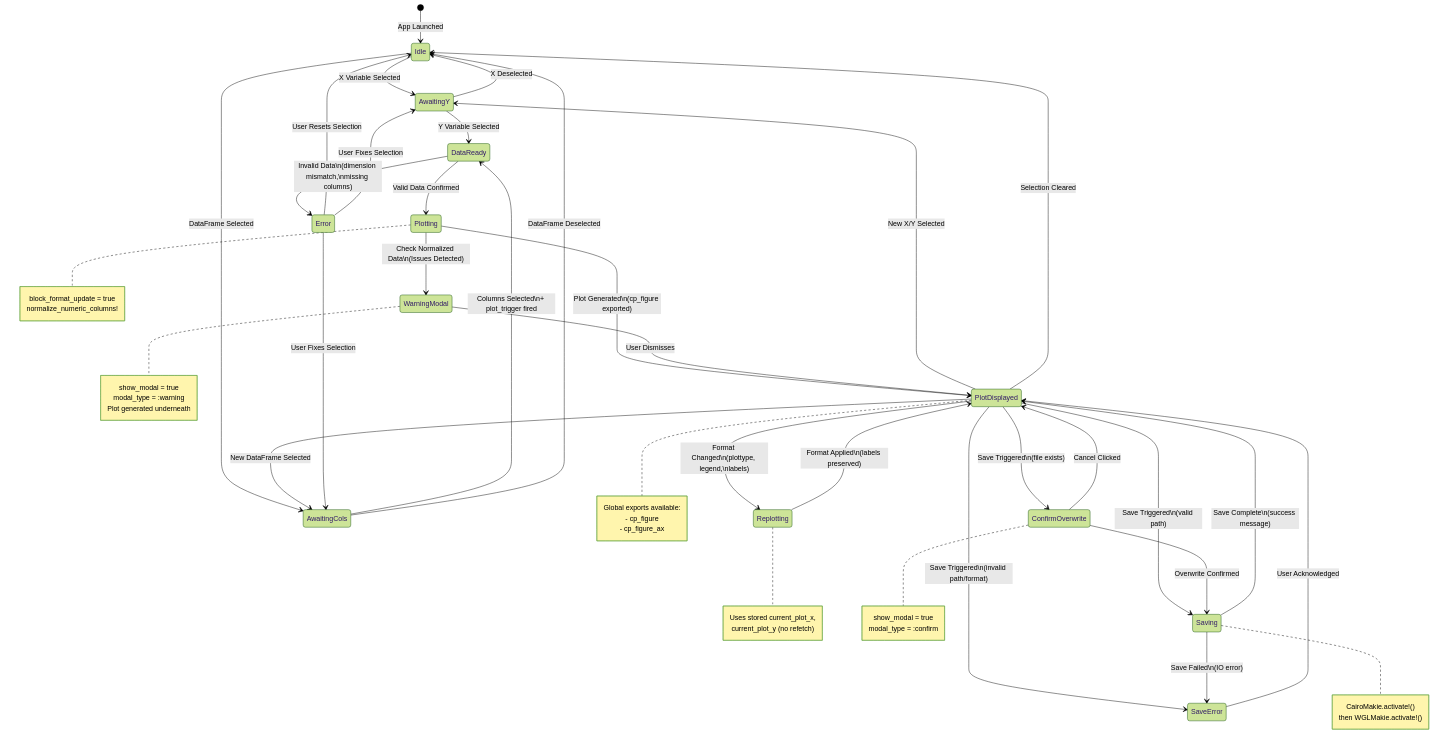
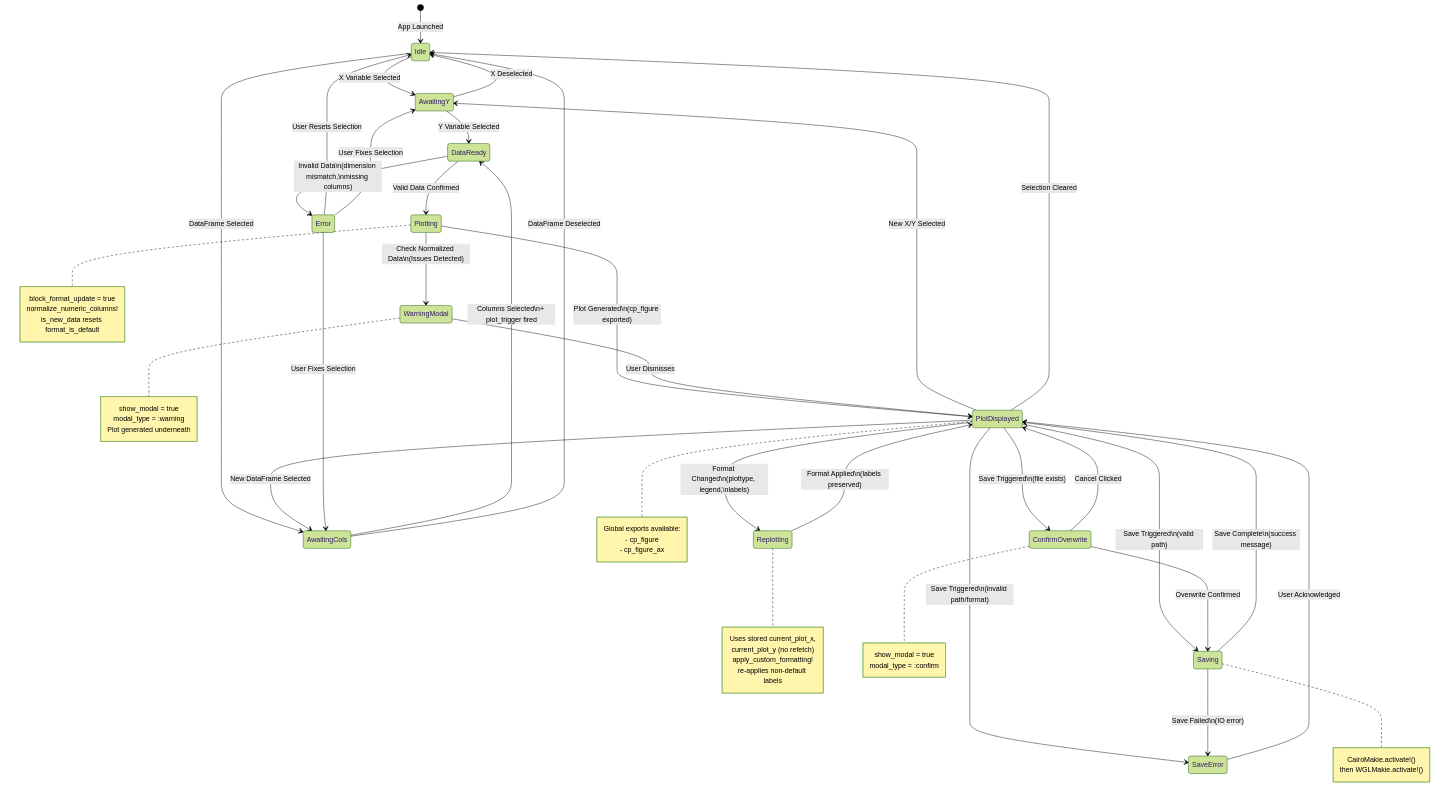
Before and after one commit to Eben60/CasualPlots.jl: the diagram in AGENTS_more_info/Mermaid/state_transition_map.md, drawn with Mermaid (forest theme). The commit also changed 5 other files, not shown here.

````diff
--- a/AGENTS_more_info/Mermaid/state_transition_map.md
+++ b/AGENTS_more_info/Mermaid/state_transition_map.md
@@ -5,78 +5,81 @@
 ```mermaid
 stateDiagram-v2
     [*] --> Idle: App Launched
     
     Idle --> AwaitingY: X Variable Selected
     Idle --> AwaitingCols: DataFrame Selected
     
     AwaitingY --> DataReady: Y Variable Selected
     AwaitingY --> Idle: X Deselected
     
     AwaitingCols --> DataReady: Columns Selected\n+ plot_trigger fired
     AwaitingCols --> Idle: DataFrame Deselected
     
     DataReady --> Plotting: Valid Data Confirmed
     DataReady --> Error: Invalid Data\n(dimension mismatch,\nmissing columns)
     
     Plotting --> PlotDisplayed: Plot Generated\n(cp_figure exported)
     Plotting --> WarningModal: Check Normalized Data\n(Issues Detected)
     
     WarningModal --> PlotDisplayed: User Dismisses
     
     PlotDisplayed --> Replotting: Format Changed\n(plottype, legend,\nlabels)
     
     Replotting --> PlotDisplayed: Format Applied\n(labels preserved)
     
     PlotDisplayed --> AwaitingY: New X/Y Selected
     PlotDisplayed --> AwaitingCols: New DataFrame Selected
     PlotDisplayed --> Idle: Selection Cleared
     
     %% Save Flow
     PlotDisplayed --> Saving: Save Triggered\n(valid path)
     PlotDisplayed --> SaveError: Save Triggered\n(invalid path/format)
     PlotDisplayed --> ConfirmOverwrite: Save Triggered\n(file exists)
     
     ConfirmOverwrite --> Saving: Overwrite Confirmed
     ConfirmOverwrite --> PlotDisplayed: Cancel Clicked
     
     Saving --> PlotDisplayed: Save Complete\n(success message)
     Saving --> SaveError: Save Failed\n(IO error)
     
     SaveError --> PlotDisplayed: User Acknowledged
     
     Error --> Idle: User Resets Selection
     Error --> AwaitingY: User Fixes Selection
     Error --> AwaitingCols: User Fixes Selection
     
     note right of Plotting
         block_format_update = true
         normalize_numeric_columns!
+        is_new_data resets format_is_default
     end note
     
     note right of Replotting
         Uses stored current_plot_x,
         current_plot_y (no refetch)
+        apply_custom_formatting!
+        re-applies non-default labels
     end note
     
     note right of PlotDisplayed
         Global exports available:
         - cp_figure
         - cp_figure_ax
     end note
     
     note right of Saving
         CairoMakie.activate!()
         then WGLMakie.activate!()
     end note
     
     note right of ConfirmOverwrite
         show_modal = true
         modal_type = :confirm
     end note
 
     note right of WarningModal
         show_modal = true
         modal_type = :warning
         Plot generated underneath
     end note
 ```
````
